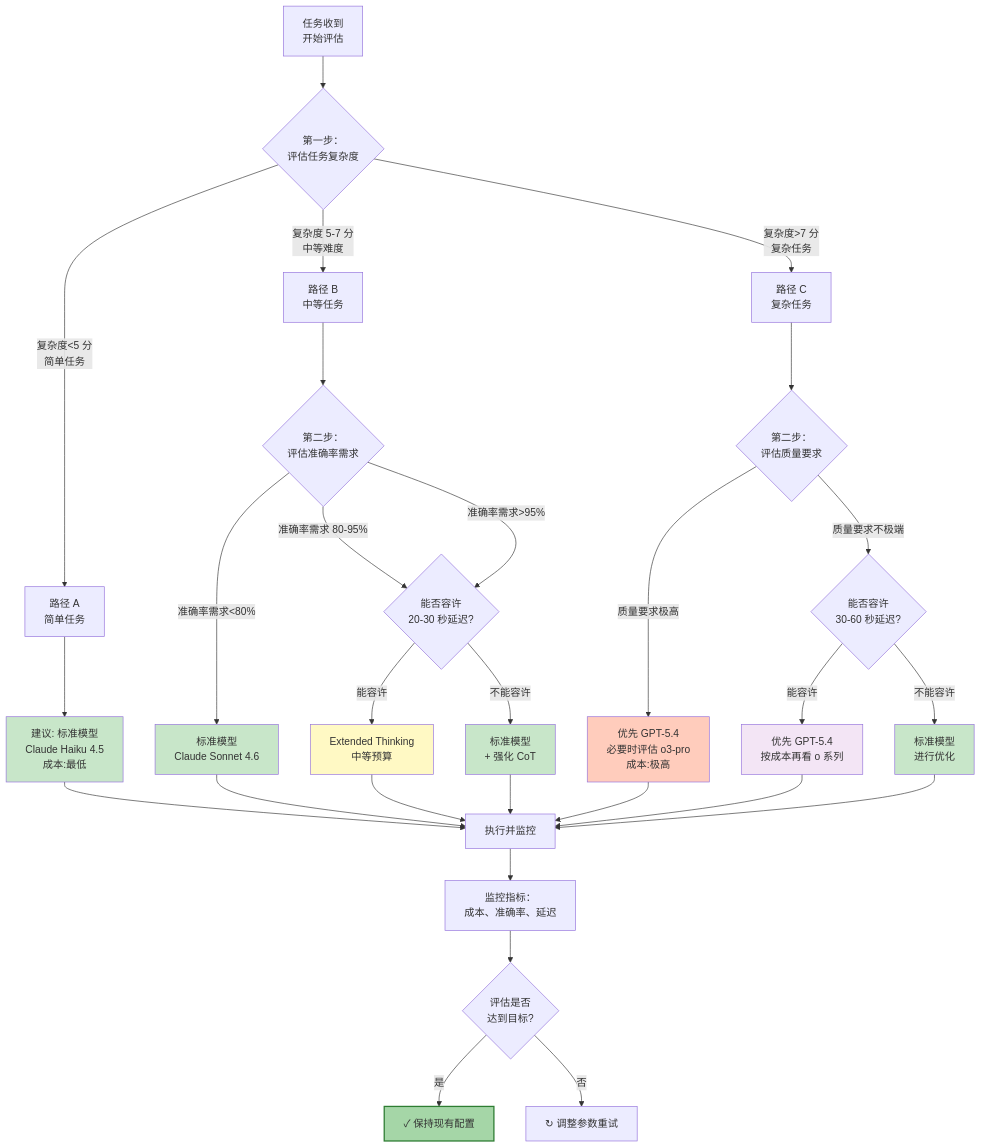
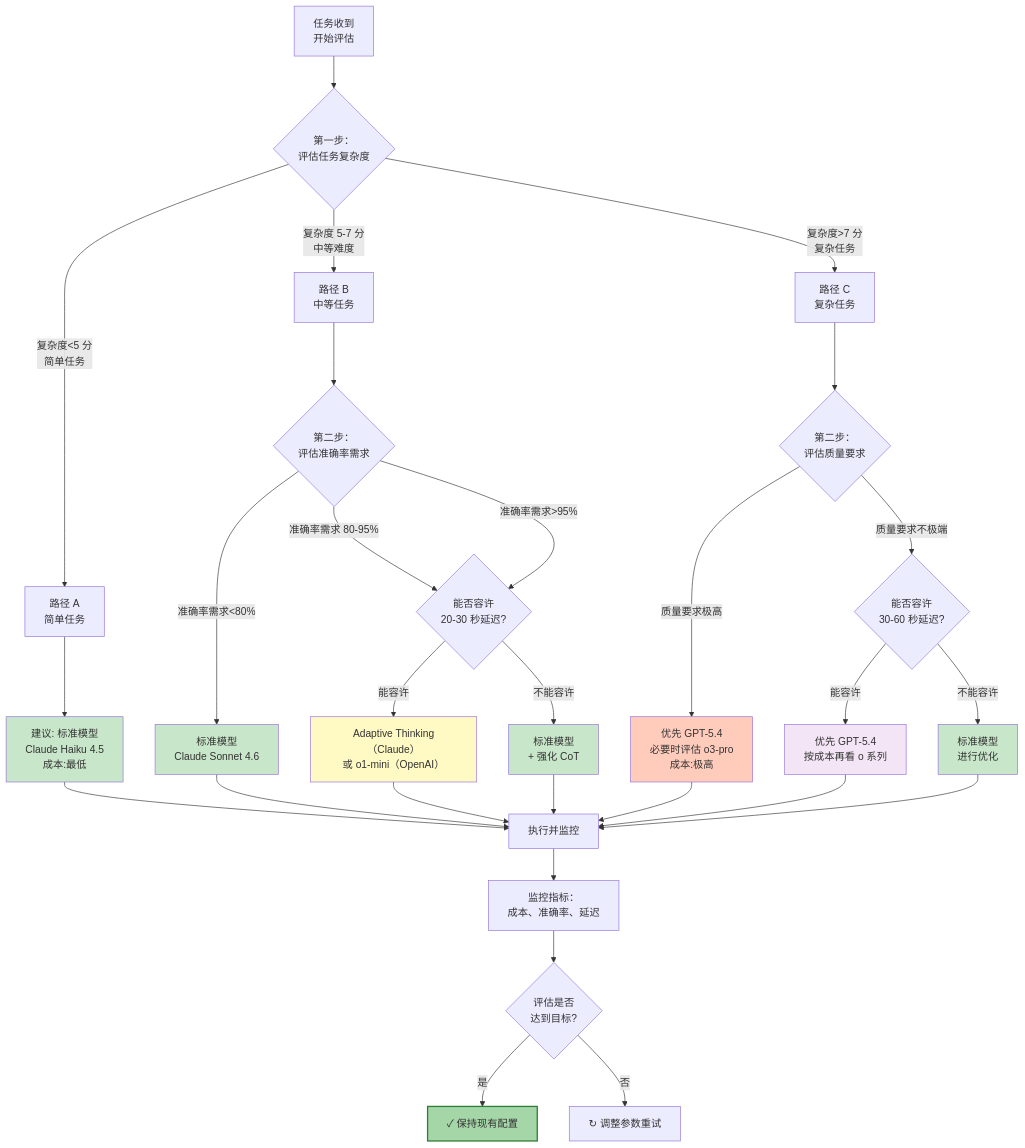
The third of 3 diagrams in 06_chain_of_thought/6.6_reasoning_decision_framework.md (changsongyang/prompt_engineering_guide), drawn with Mermaid before and after one commit. The commit also changed other lines of this file and 1 other file, not shown here.

Commit message:
Update Extended to Adaptive Thinking

````diff
--- a/06_chain_of_thought/6.6_reasoning_decision_framework.md
+++ b/06_chain_of_thought/6.6_reasoning_decision_framework.md
@@ -624,47 +626,47 @@
 ```mermaid
 graph TD
     Root["任务收到<br/>开始评估"] --> Step1{"第一步：<br/>评估任务复杂度"}
 
     Step1 -->|复杂度<5 分<br/>简单任务| Path1["路径 A<br/>简单任务"]
     Step1 -->|复杂度 5-7 分<br/>中等难度| Path2["路径 B<br/>中等任务"]
     Step1 -->|复杂度>7 分<br/>复杂任务| Path3["路径 C<br/>复杂任务"]
 
     Path1 --> Dec1["建议: 标准模型<br/>Claude Haiku 4.5<br/>成本:最低"]
     Path2 --> Step2{"第二步：<br/>评估准确率需求"}
     Path3 --> Step3{"第二步：<br/>评估质量要求"}
 
     Step2 -->|准确率需求<80%| Dec2["标准模型<br/>Claude Sonnet 4.6"]
     Step2 -->|准确率需求 80-95%| Step4{"能否容许<br/>20-30 秒延迟?"}
     Step2 -->|准确率需求>95%| Step4
 
     Step3 -->|质量要求不极端| Step5{"能否容许<br/>30-60 秒延迟?"}
     Step3 -->|质量要求极高| Dec5["优先 GPT-5.4<br/>必要时评估 o3-pro<br/>成本:极高"]
 
-    Step4 -->|能容许| Dec3["Extended Thinking<br/>中等预算"]
+    Step4 -->|能容许| Dec3["Adaptive Thinking（Claude）<br/>或 o1-mini（OpenAI）"]
     Step4 -->|不能容许| Dec4["标准模型<br/>+ 强化 CoT"]
 
     Step5 -->|能容许| Dec6["优先 GPT-5.4<br/>按成本再看 o 系列"]
     Step5 -->|不能容许| Dec7["标准模型<br/>进行优化"]
 
     Dec1 --> Implement["执行并监控"]
     Dec2 --> Implement
     Dec3 --> Implement
     Dec4 --> Implement
     Dec5 --> Implement
     Dec6 --> Implement
     Dec7 --> Implement
 
     Implement --> Monitor["监控指标：<br/>成本、准确率、延迟"]
     Monitor --> Review{"评估是否<br/>达到目标?"}
     Review -->|是| Success["✓ 保持现有配置"]
     Review -->|否| Optimize["↻ 调整参数重试"]
 
     style Dec1 fill:#c8e6c9
     style Dec2 fill:#c8e6c9
     style Dec3 fill:#fff9c4
     style Dec4 fill:#c8e6c9
     style Dec5 fill:#ffccbc
     style Dec6 fill:#f3e5f5
     style Dec7 fill:#c8e6c9
     style Success fill:#a5d6a7,stroke:#2e7d32,stroke-width:2px
 ```
````
